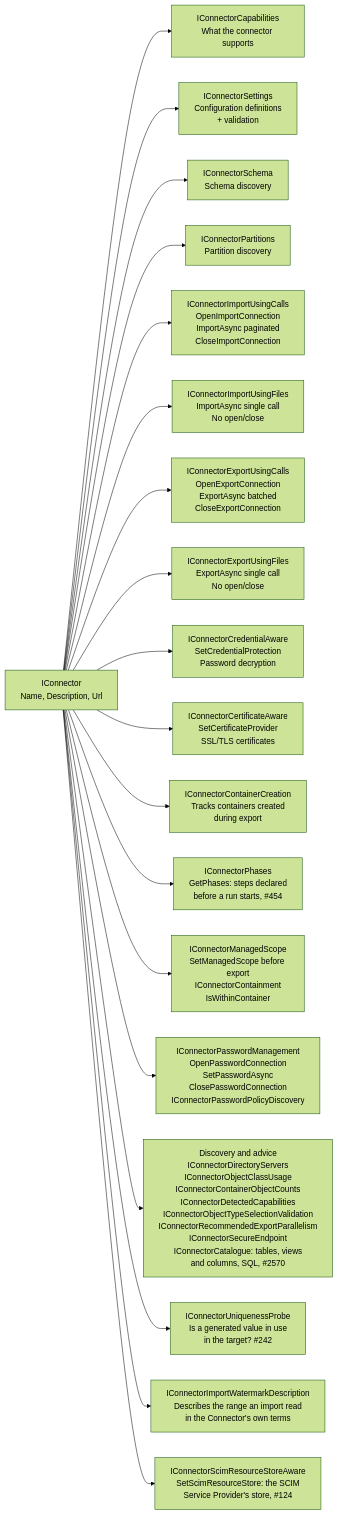
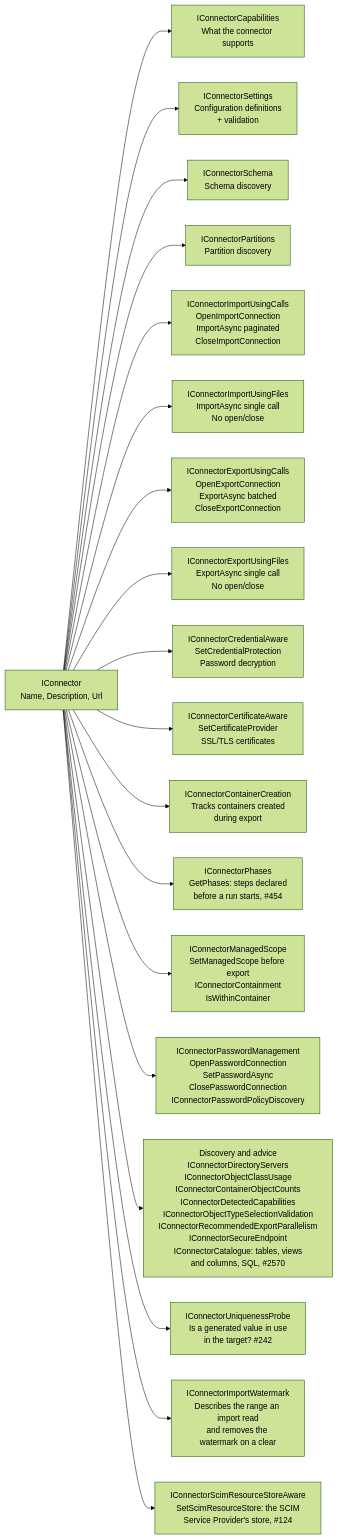
Before and after one commit to TetronIO/JIM: the first of 7 diagrams in engineering/developer/diagrams/CONNECTOR_LIFECYCLE.md, drawn with Mermaid (forest theme). The commit also changed other lines of this file and 26 other files, not shown here.

First line of the commit message:
Clearing the Connector Space removes every Delta Import watermark (#2724) (#2767)

````diff
--- a/engineering/developer/diagrams/CONNECTOR_LIFECYCLE.md
+++ b/engineering/developer/diagrams/CONNECTOR_LIFECYCLE.md
@@ -9,25 +9,25 @@
 ```mermaid
 flowchart LR
     IConnector[IConnector<br/>Name, Description, Url] --> ICap[IConnectorCapabilities<br/>What the connector supports]
     IConnector --> ISettings[IConnectorSettings<br/>Configuration definitions<br/>+ validation]
     IConnector --> ISchema[IConnectorSchema<br/>Schema discovery]
     IConnector --> IPartitions[IConnectorPartitions<br/>Partition discovery]
 
     IConnector --> IImportCalls[IConnectorImportUsingCalls<br/>OpenImportConnection<br/>ImportAsync paginated<br/>CloseImportConnection]
     IConnector --> IImportFiles[IConnectorImportUsingFiles<br/>ImportAsync single call<br/>No open/close]
 
     IConnector --> IExportCalls[IConnectorExportUsingCalls<br/>OpenExportConnection<br/>ExportAsync batched<br/>CloseExportConnection]
     IConnector --> IExportFiles[IConnectorExportUsingFiles<br/>ExportAsync single call<br/>No open/close]
 
     IConnector --> ICredential[IConnectorCredentialAware<br/>SetCredentialProtection<br/>Password decryption]
     IConnector --> ICertificate[IConnectorCertificateAware<br/>SetCertificateProvider<br/>SSL/TLS certificates]
     IConnector --> IContainer[IConnectorContainerCreation<br/>Tracks containers created<br/>during export]
 
     IConnector --> IPhases[IConnectorPhases<br/>GetPhases: steps declared<br/>before a run starts, #454]
     IConnector --> IScope[IConnectorManagedScope<br/>SetManagedScope before export<br/>IConnectorContainment<br/>IsWithinContainer]
     IConnector --> IPassword[IConnectorPasswordManagement<br/>OpenPasswordConnection<br/>SetPasswordAsync<br/>ClosePasswordConnection<br/>IConnectorPasswordPolicyDiscovery]
     IConnector --> IDiscovery[Discovery and advice<br/>IConnectorDirectoryServers<br/>IConnectorObjectClassUsage<br/>IConnectorContainerObjectCounts<br/>IConnectorDetectedCapabilities<br/>IConnectorObjectTypeSelectionValidation<br/>IConnectorRecommendedExportParallelism<br/>IConnectorSecureEndpoint<br/>IConnectorCatalogue: tables, views<br/>and columns, SQL, #2570]
     IConnector --> IProbe[IConnectorUniquenessProbe<br/>Is a generated value in use<br/>in the target? #242]
-    IConnector --> IWatermark[IConnectorImportWatermarkDescription<br/>Describes the range an import read<br/>in the Connector's own terms]
+    IConnector --> IWatermark[IConnectorImportWatermark<br/>Describes the range an import read<br/>and removes the watermark on a clear]
     IConnector --> IStore[IConnectorScimResourceStoreAware<br/>SetScimResourceStore: the SCIM<br/>Service Provider's store, #124]
 ```
````
